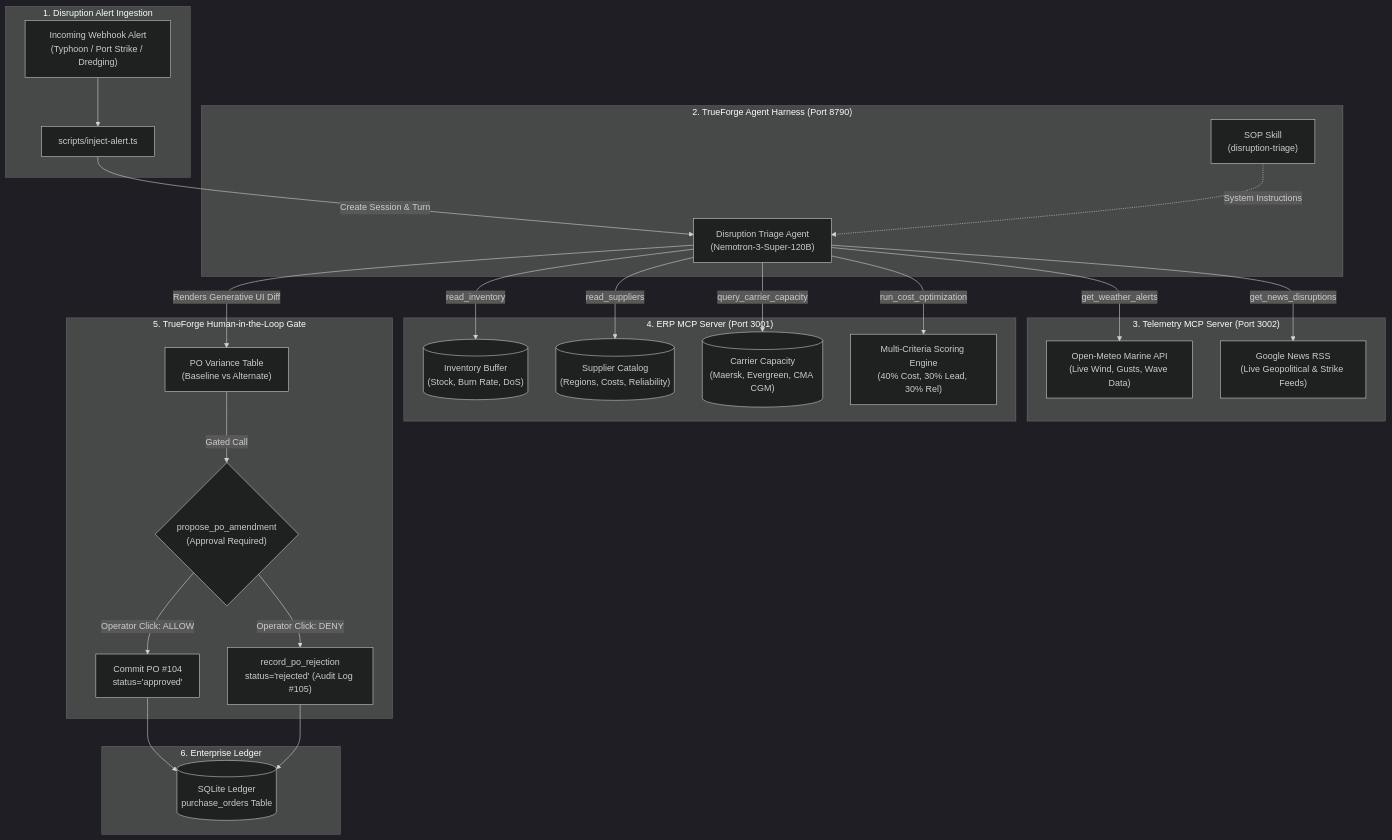
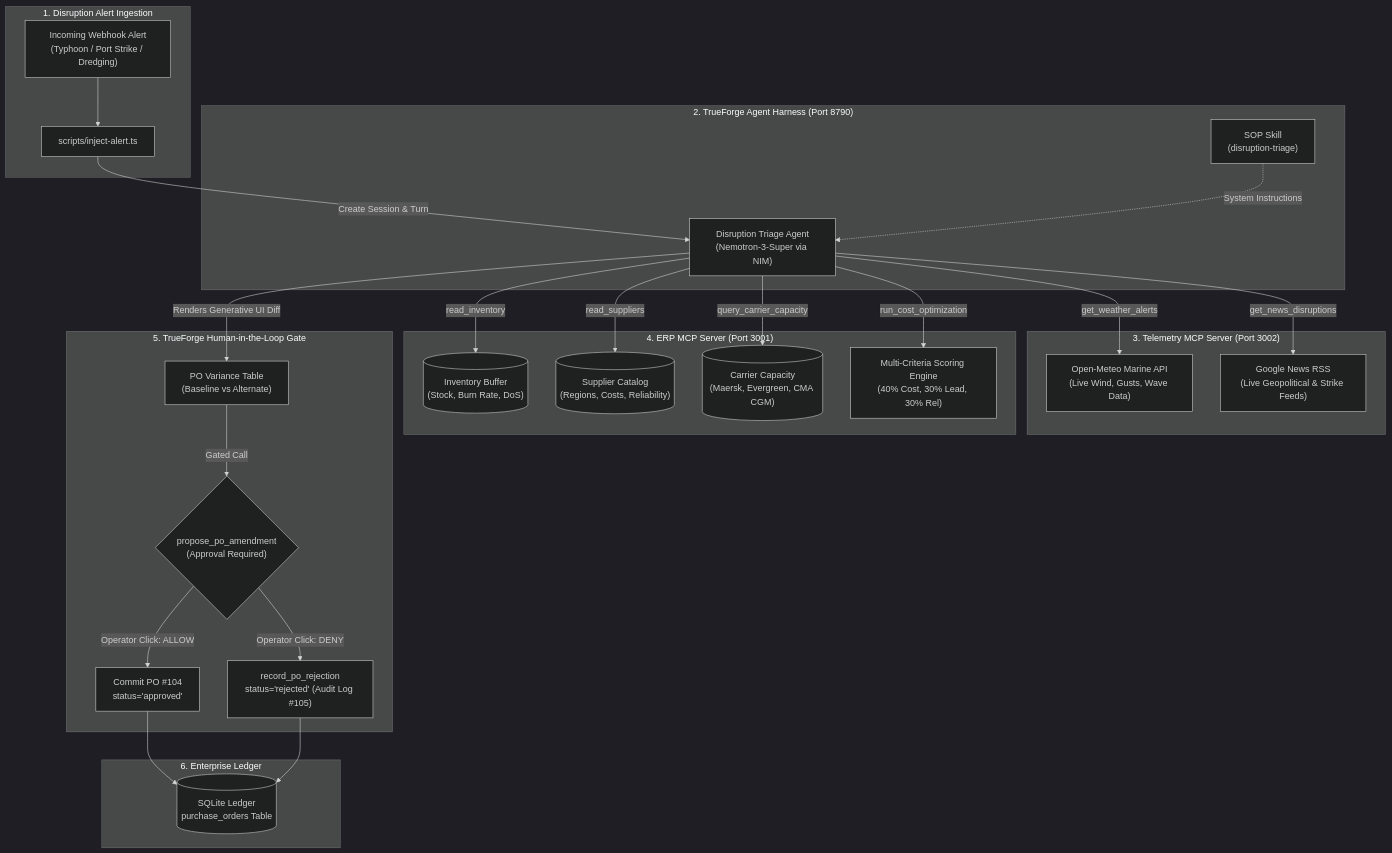
One commit to ansuman-satapathy/reroute-lg changed the first of 2 diagrams in README.md. Above: the diagram before and after it, drawn with Mermaid (dark theme). The commit also changed other lines of this file and 1 other file, not shown here.

Commit message:
docs: clarify tested model baseline (Nemotron 3 Super) while highlighting TrueForge swappability

````diff
--- a/README.md
+++ b/README.md
@@ -51,35 +51,35 @@
 ```mermaid
 flowchart TD
     subgraph Ingestion["1. Disruption Alert Ingestion"]
         Alert["Incoming Webhook Alert<br/>(Typhoon / Port Strike / Dredging)"] --> IngestScript["scripts/inject-alert.ts"]
     end
 
     subgraph Harness["2. TrueForge Agent Harness (Port 8790)"]
-        IngestScript -->|"Create Session & Turn"| TFAgent["Disruption Triage Agent<br/>(Nemotron-3-Super-120B)"]
+        IngestScript -->|"Create Session & Turn"| TFAgent["Disruption Triage Agent<br/>(Nemotron-3-Super via NIM)"]
         SOP["SOP Skill<br/>(disruption-triage)"] -.->|"System Instructions"| TFAgent
     end
 
     subgraph Telemetry["3. Telemetry MCP Server (Port 3002)"]
         TFAgent -->|"get_weather_alerts"| WeatherAPI["Open-Meteo Marine API<br/>(Live Wind, Gusts, Wave Data)"]
         TFAgent -->|"get_news_disruptions"| NewsRSS["Google News RSS<br/>(Live Geopolitical & Strike Feeds)"]
     end
 
     subgraph ERP["4. ERP MCP Server (Port 3001)"]
         TFAgent -->|"read_inventory"| InvDB[("Inventory Buffer<br/>(Stock, Burn Rate, DoS)")]
         TFAgent -->|"read_suppliers"| SupDB[("Supplier Catalog<br/>(Regions, Costs, Reliability)")]
         TFAgent -->|"query_carrier_capacity"| FreightDB[("Carrier Capacity<br/>(Maersk, Evergreen, CMA CGM)")]
         TFAgent -->|"run_cost_optimization"| CostOpt["Multi-Criteria Scoring Engine<br/>(40% Cost, 30% Lead, 30% Rel)"]
     end
 
     subgraph Approval["5. TrueForge Human-in-the-Loop Gate"]
         TFAgent -->|"Renders Generative UI Diff"| DiffView["PO Variance Table<br/>(Baseline vs Alternate)"]
         DiffView -->|"Gated Call"| Gate{"propose_po_amendment<br/>(Approval Required)"}
         Gate -->|"Operator Click: ALLOW"| Commit["Commit PO #104<br/>status='approved'"]
         Gate -->|"Operator Click: DENY"| Rejection["record_po_rejection<br/>status='rejected' (Audit Log #105)"]
     end
 
     subgraph Ledger["6. Enterprise Ledger"]
         Commit --> SQLite[("SQLite Ledger<br/>purchase_orders Table")]
         Rejection --> SQLite
     end
 ```
````
